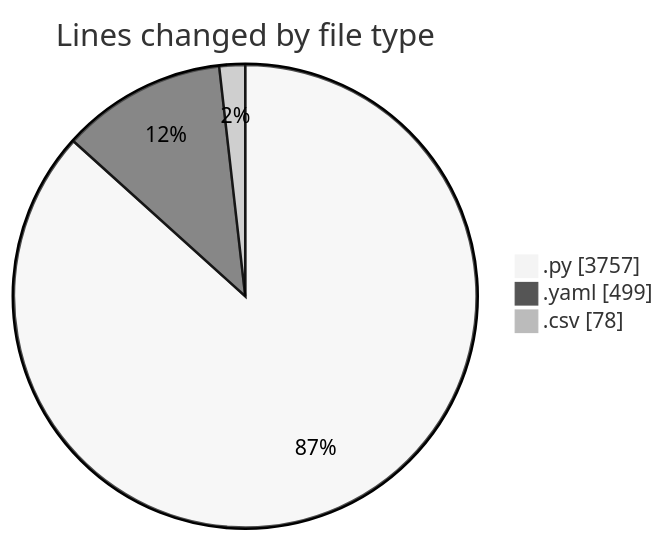
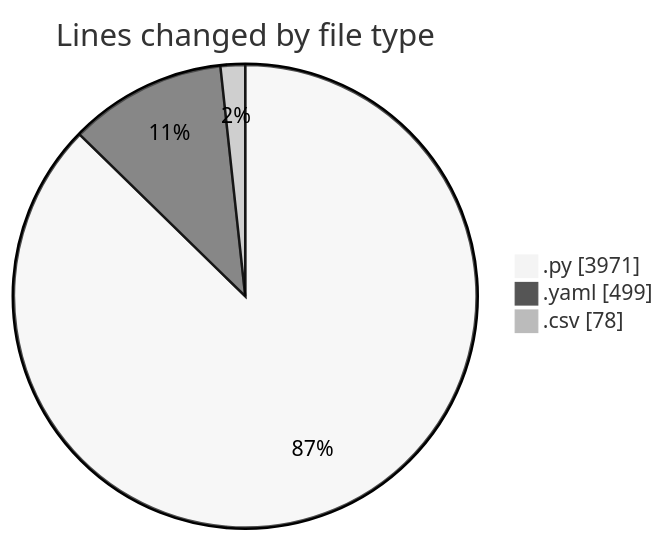
The first of 2 diagrams in 2025-03-01/myws__workspace_/README.md (MatusMokan/code-tracking), drawn with Mermaid (neutral theme) before and after one commit. The commit also changed other lines of this file and 1 other file, not shown here.

````diff
--- a/2025-03-01/myws__workspace_/README.md
+++ b/2025-03-01/myws__workspace_/README.md
@@ -30,7 +31,7 @@
 ```mermaid
 pie showData
 title Lines changed by file type
-".py" : 3757
+".py" : 3971
 ".yaml" : 499
 ".csv" : 78
 ```
````
